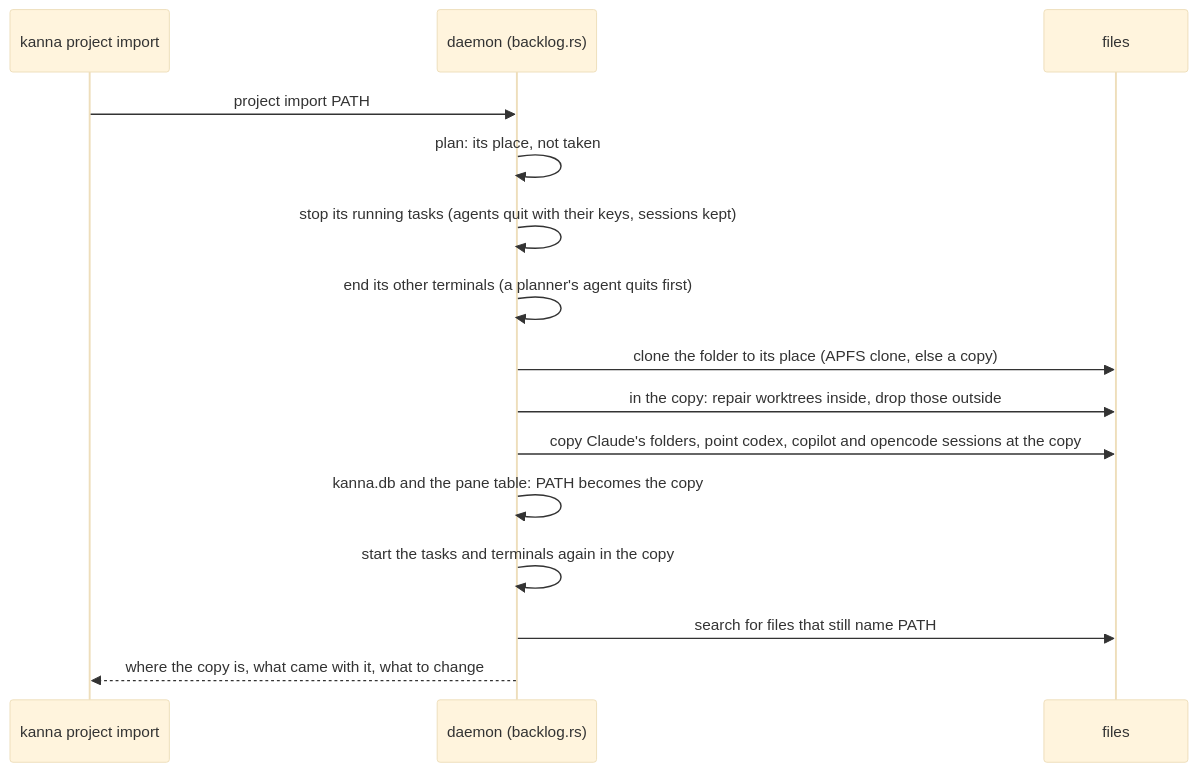
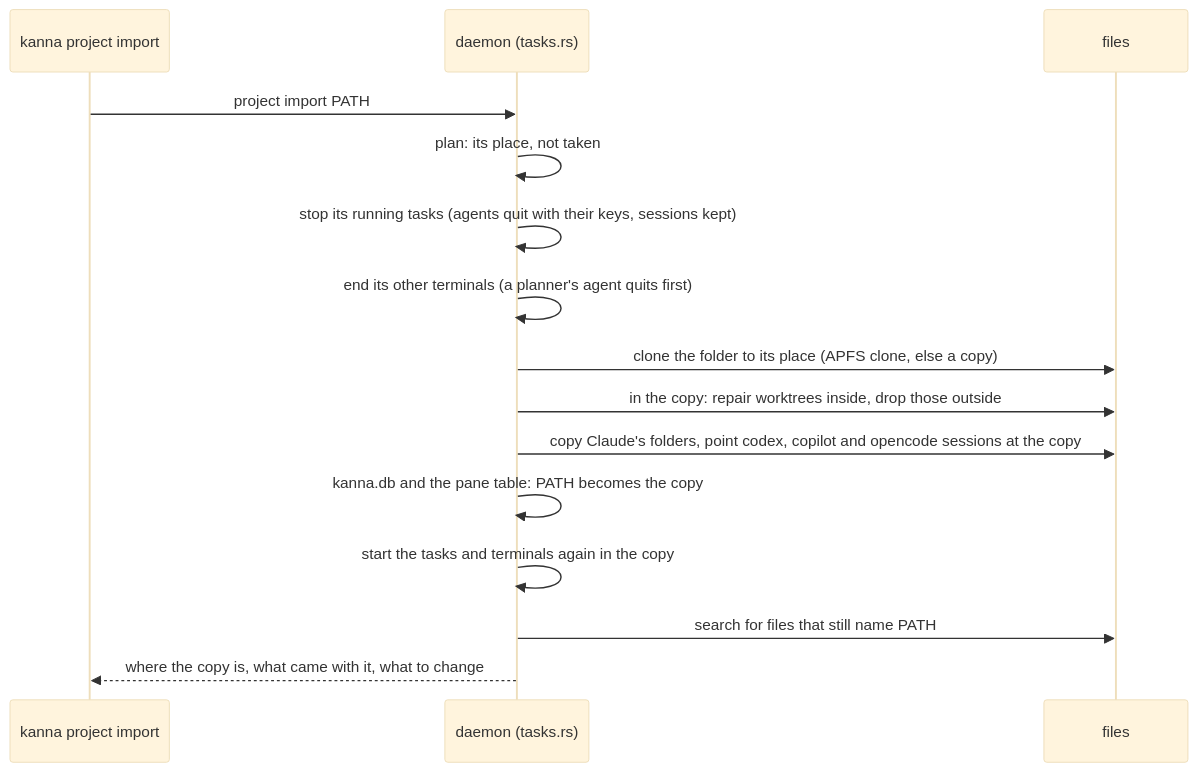
The second of 2 diagrams in docs/specs/project-folder.md (tampopogk/kanna), drawn with Mermaid (base theme) before and after one commit. The commit also changed other lines of this file and 28 other files, not shown here.

````diff
--- a/docs/specs/project-folder.md
+++ b/docs/specs/project-folder.md
@@ -90,17 +90,17 @@
 ```mermaid
 sequenceDiagram
     participant C as kanna project import
-    participant D as daemon (backlog.rs)
+    participant D as daemon (tasks.rs)
     participant F as files
     C->>D: project import PATH
     D->>D: plan: its place, not taken
     D->>D: stop its running tasks (agents quit with their keys, sessions kept)
     D->>D: end its other terminals (a planner's agent quits first)
     D->>F: clone the folder to its place (APFS clone, else a copy)
     D->>F: in the copy: repair worktrees inside, drop those outside
     D->>F: copy Claude's folders, point codex, copilot and opencode sessions at the copy
     D->>D: kanna.db and the pane table: PATH becomes the copy
     D->>D: start the tasks and terminals again in the copy
     D->>F: search for files that still name PATH
     D-->>C: where the copy is, what came with it, what to change
 ```
````
